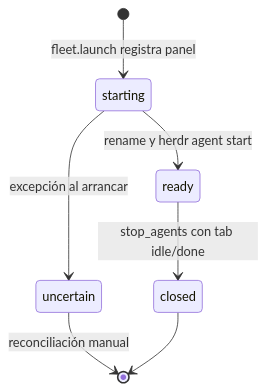
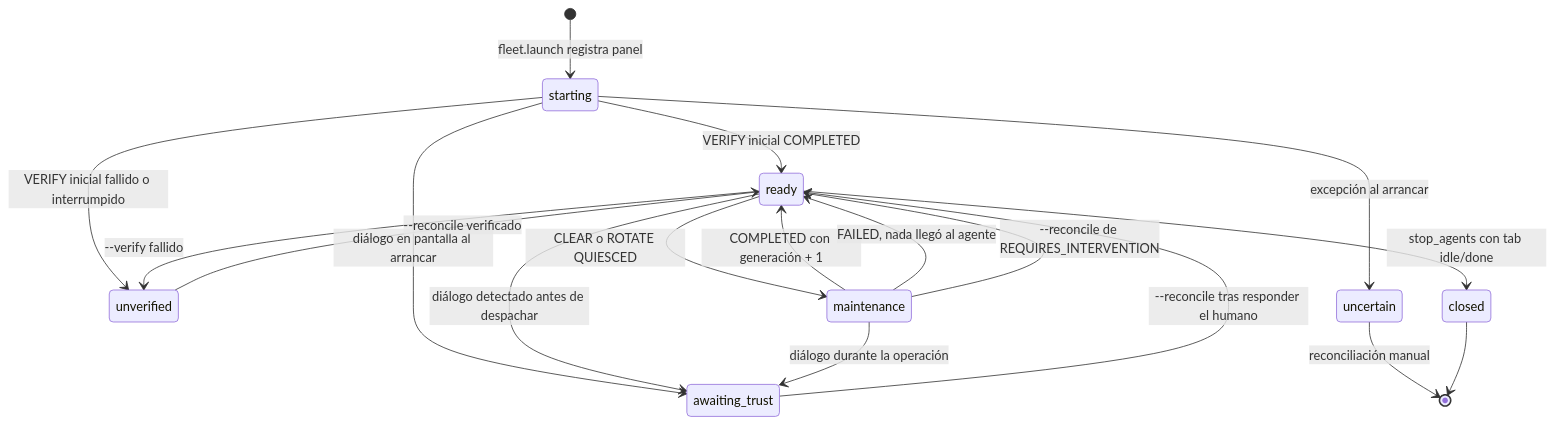
The seventh of 21 diagrams in ARCHITECTURE.md (pauloravicaceres/template-bmad), drawn with Mermaid before and after one commit. The commit also changed other lines of this file and 39 other files, not shown here.

````diff
--- a/ARCHITECTURE.md
+++ b/ARCHITECTURE.md
@@ -298,9 +314,20 @@
 ```mermaid
 stateDiagram-v2
     [*] --> starting: fleet.launch registra panel
-    starting --> ready: rename y herdr agent start
+    starting --> ready: VERIFY inicial COMPLETED
+    starting --> awaiting_trust: diálogo en pantalla al arrancar
+    starting --> unverified: VERIFY inicial fallido o interrumpido
     starting --> uncertain: excepción al arrancar
+    ready --> awaiting_trust: diálogo detectado antes de despachar
+    ready --> maintenance: CLEAR o ROTATE QUIESCED
+    ready --> unverified: --verify fallido
+    maintenance --> ready: COMPLETED con generación + 1
+    maintenance --> ready: FAILED, nada llegó al agente
+    maintenance --> awaiting_trust: diálogo durante la operación
+    awaiting_trust --> ready: --reconcile tras responder el humano
+    unverified --> ready: --reconcile verificado
+    maintenance --> ready: --reconcile de REQUIRES_INTERVENTION
     ready --> closed: stop_agents con tab idle/done
     uncertain --> [*]: reconciliación manual
     closed --> [*]
 ```
````
